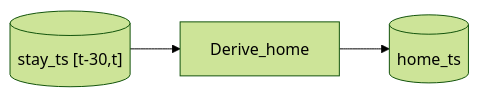
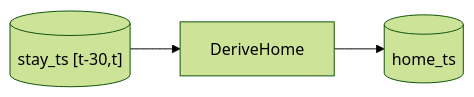
Diagram 11 of 14 in README.md (djvanderlaan/pipeline), drawn with Mermaid (forest theme) before and after one commit. The commit also changed other lines of this file, not shown here.

````diff
--- a/README.md
+++ b/README.md
@@ -140,7 +140,7 @@
 ```mermaid
 flowchart LR
 
-stay_ts[("stay_ts [t-30,t]")] --> Derive_home --> home_ts[(home_ts)]
+stay_ts[("stay_ts [t-30,t]")] --> DeriveHome --> home_ts[(home_ts)]
 
 classDef data stroke-width:0px
 ```
````
